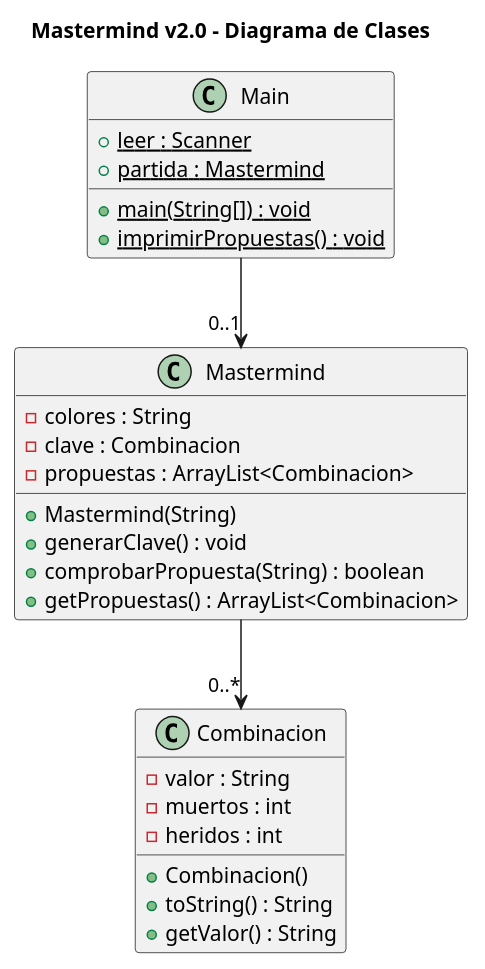
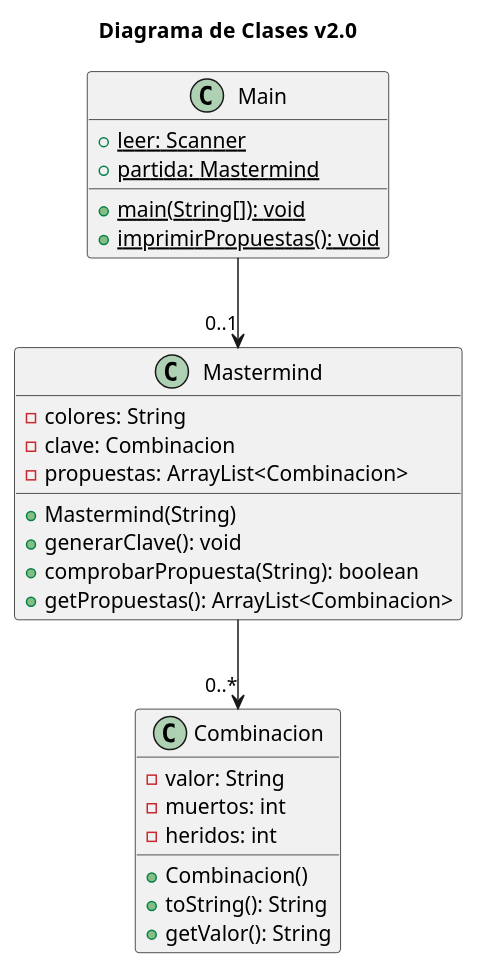
The second of 4 diagrams in README.adoc (Luismoteando/Mastermind), drawn with PlantUML before and after one commit. The commit also changed other lines of this file and 17 other files, not shown here.

```diff
--- a/README.adoc
+++ b/README.adoc
@@ -49,32 +49,32 @@
 [plantuml, diagram-class2, png]
 ....
-title Mastermind v2.0 - Diagrama de Clases
+title Diagrama de Clases  v2.0
 class Main {
-    +{static} leer : Scanner
-    +{static} partida : Mastermind
-    +{static} main(String[]) : void
-    +{static} imprimirPropuestas() : void
+    +{static} leer: Scanner
+    +{static} partida: Mastermind
+    +{static} main(String[]): void
+    +{static} imprimirPropuestas(): void
 }
 
 class Mastermind {
-    -colores : String
-    -clave : Combinacion
-    -propuestas : ArrayList<Combinacion>
+    -colores: String
+    -clave: Combinacion
+    -propuestas: ArrayList<Combinacion>
     +Mastermind(String)
-    +generarClave() : void
-    +comprobarPropuesta(String) : boolean
-    +getPropuestas() : ArrayList<Combinacion>
+    +generarClave(): void
+    +comprobarPropuesta(String): boolean
+    +getPropuestas(): ArrayList<Combinacion>
 }
 
 class Combinacion {
-    -valor : String
-    -muertos : int
-    -heridos : int
+    -valor: String
+    -muertos: int
+    -heridos: int
     +Combinacion()
-    +toString() : String
-    +getValor() : String
+    +toString(): String
+    +getValor(): String
 }
 
 Main --> "0..1" Mastermind
 Mastermind --> "0..*" Combinacion
 ....
```
